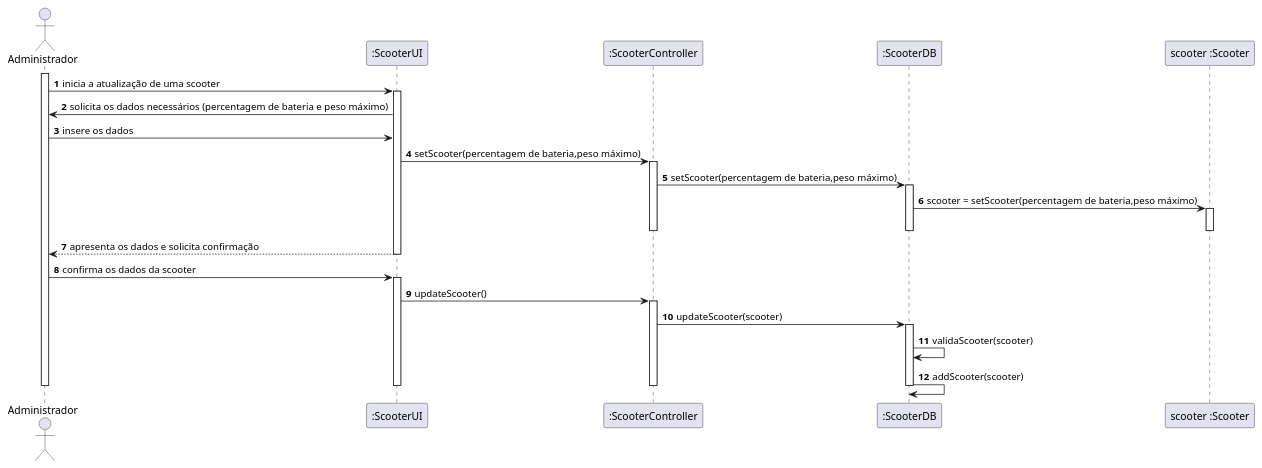
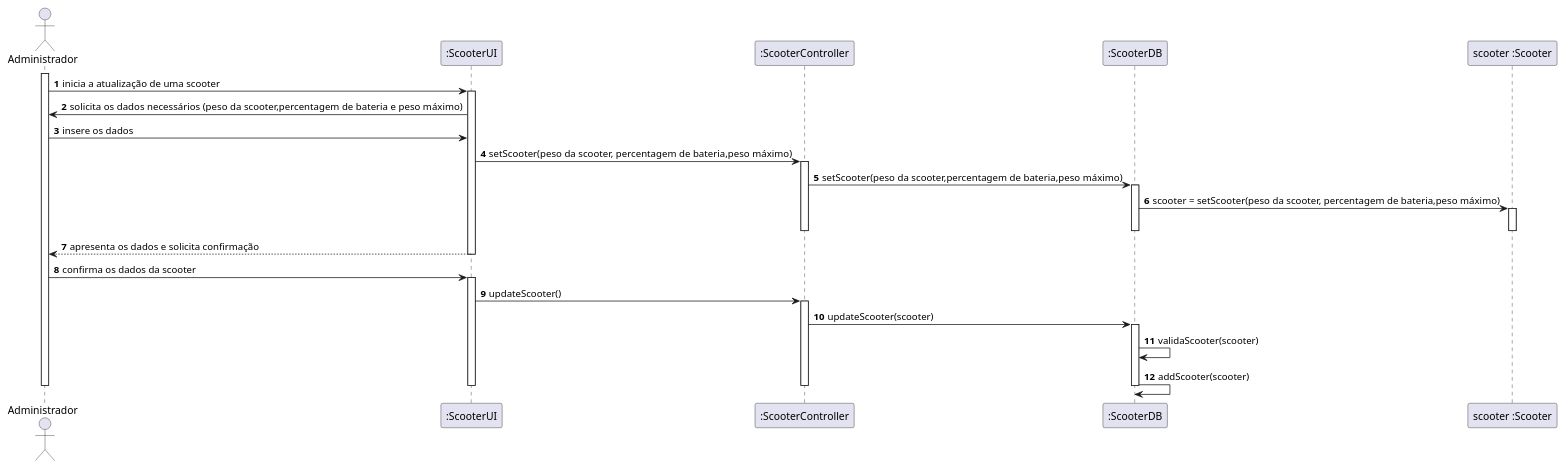
Before and after one commit to pedrolemos4/LAPR3: the diagram in docs/UC11/UC11_AtualizarScooter_SD.puml, drawn with PlantUML. The commit also changed 1 other file, not shown here.

Commit message:
LAP3AP4-49 #close Atualizar Scooter [Design] Correção

```diff
--- a/docs/UC11/UC11_AtualizarScooter_SD.puml
+++ b/docs/UC11/UC11_AtualizarScooter_SD.puml
@@ -1,43 +1,43 @@
 @startuml
 autonumber
 
 actor "Administrador" as ADMIN
 
 participant ":ScooterUI" as UI
 participant ":ScooterController" as CTRL
 participant ":ScooterDB" as SCHL
 participant "scooter :Scooter" as SCOOT
 
 
 activate ADMIN
 ADMIN -> UI : inicia a atualização de uma scooter
 activate UI
-UI -> ADMIN : solicita os dados necessários (percentagem de bateria e peso máximo)
+UI -> ADMIN : solicita os dados necessários (peso da scooter,percentagem de bateria e peso máximo)
 ADMIN -> UI : insere os dados 
-UI -> CTRL : setScooter(percentagem de bateria,peso máximo)
+UI -> CTRL : setScooter(peso da scooter, percentagem de bateria,peso máximo)
 activate CTRL
-CTRL -> SCHL : setScooter(percentagem de bateria,peso máximo)
+CTRL -> SCHL : setScooter(peso da scooter,percentagem de bateria,peso máximo)
 activate SCHL
-SCHL -> SCOOT : scooter = setScooter(percentagem de bateria,peso máximo)
+SCHL -> SCOOT : scooter = setScooter(peso da scooter, percentagem de bateria,peso máximo)
 activate SCOOT 
 deactivate SCOOT
 deactivate SCHL
 deactivate CTRL
   
 UI --> ADMIN : apresenta os dados e solicita confirmação
 deactivate UI
 
 ADMIN -> UI : confirma os dados da scooter
 activate UI 
 UI -> CTRL : updateScooter()
 activate CTRL
 CTRL -> SCHL : updateScooter(scooter)
 activate SCHL
 SCHL -> SCHL : validaScooter(scooter)
 SCHL -> SCHL : addScooter(scooter)
 deactivate SCHL
 deactivate CTRL
 deactivate UI
 deactivate ADMIN
 
 @enduml
```
